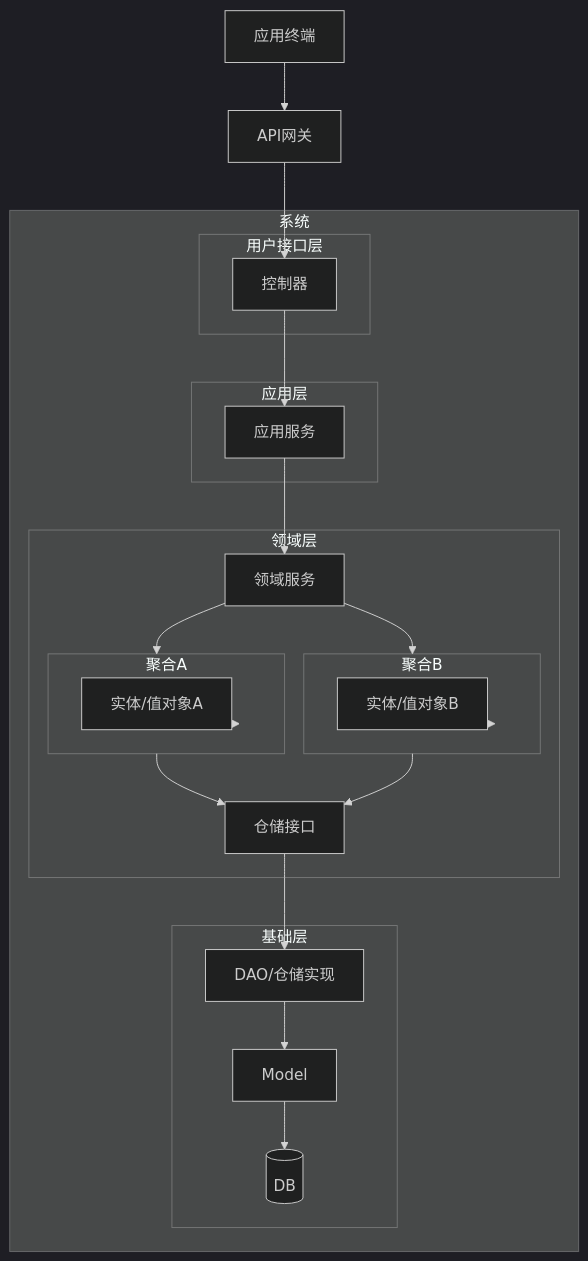
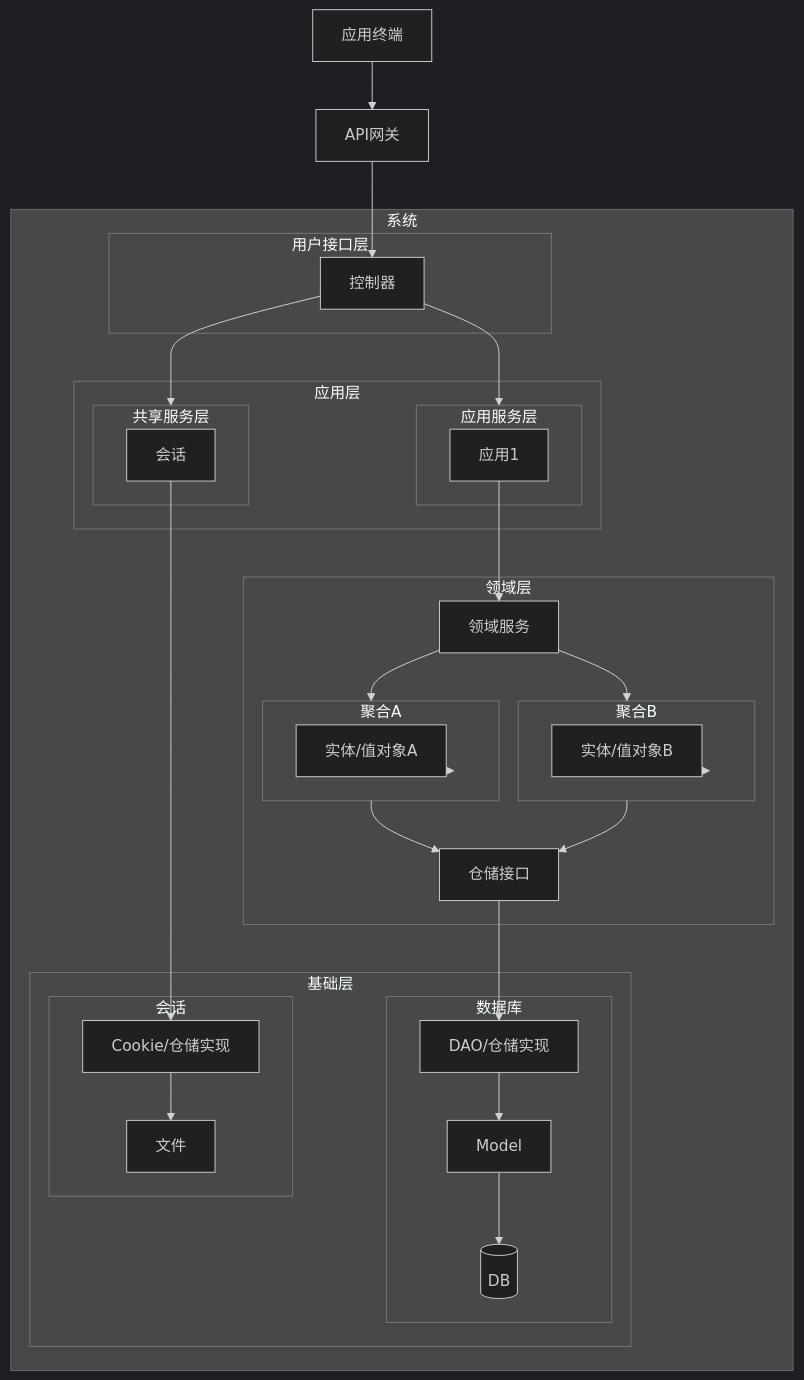
Before and after one commit to n3xtchen/gin-3at: the second of 2 diagrams in README.md, drawn with Mermaid (dark theme). The commit also changed 1 other file, not shown here.

Commit message:
session 重构: 文档更新

````diff
--- a/README.md
+++ b/README.md
@@ -43,60 +43,72 @@
 ```mermaid
 flowchart TD
   %% 外部
   Client[应用终端]
   APIGW[API网关]
 
   %% 系统主框
   subgraph 系统
     subgraph 用户接口层
       Controller[控制器]
     end
 
     subgraph 应用层
-      AppService[应用服务]
+    	
+      subgraph AppService[应用服务层]
+      	App1[应用1]
+      end
       %% AppRepoPort[仓储接口]
+      subgraph SharedService[共享服务层]
+      	SessionRepoPort[会话]
+      end
     end
 
     subgraph 领域层
       DomainService[领域服务]
 
       subgraph AggregatesA[聚合A]
         ValueObjA[实体/值对象A]
       end
       subgraph AggregatesB[聚合B]
         ValueObjB[实体/值对象B]
       end
       DomainRepoPort[仓储接口]
     end
 
     subgraph 基础层
-      DAO[DAO/仓储实现]
-      PO[Model]
-      DB[(DB)]
-      %% RepoImplFile[仓储实现]
-      %% File[文件]
+    	subgraph 数据库
+      	DAO[DAO/仓储实现]
+      	PO[Model]
+      	DB[(DB)]
+      end
+      
+      subgraph 会话
+      	RepoImplFile[Cookie/仓储实现]
+      	File[文件]
+      end
     end
   end
 
   %% 关系
   Client --> APIGW
   APIGW --> Controller
   Controller --> AppService
+  Controller --> SharedService
 
-  AppService --> DomainService
+  App1 --> DomainService
 
   DomainService --> AggregatesA
   DomainService --> AggregatesB
   AggregatesA --> ValueObjA
   AggregatesB --> ValueObjB
   AggregatesA --> DomainRepoPort
   AggregatesB --> DomainRepoPort
 
 
   DomainRepoPort --> DAO
-  %% AppRepoPort --> RepoImplFile
+  SessionRepoPort --> RepoImplFile
   DAO --> PO
   PO --> DB
-  %% RepoImplFile --> File
+  RepoImplFile --> File
  
 ```
````
